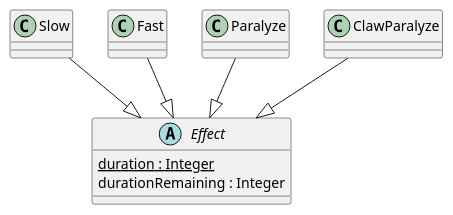
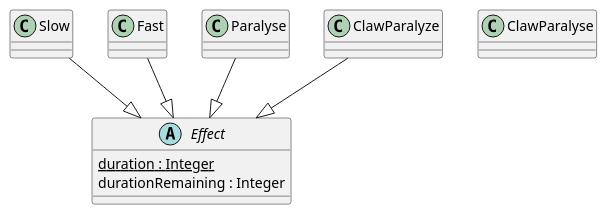
Before and after one commit to Petya-G/fungorium: the diagram in 3/classes/effect.puml, drawn with PlantUML. The commit also changed 1 other file, not shown here.

Commit message:
fixed typos, changed association of spore and effect

```diff
--- a/3/classes/effect.puml
+++ b/3/classes/effect.puml
@@ -1,25 +1,25 @@
 @startuml effect
 
 abstract class Effect{
     {static} duration : Integer
     durationRemaining : Integer
 }
 
 Slow --|> Effect
 class Slow {
 }
 
 Fast --|> Effect
 class Fast {
 }
 
-Paralyze --|> Effect
-class Paralyze {
+Paralyse --|> Effect
+class Paralyse {
 }
 
 ClawParalyze --|> Effect
-class ClawParalyze {
+class ClawParalyse {
 }
 
 
 @enduml
```
